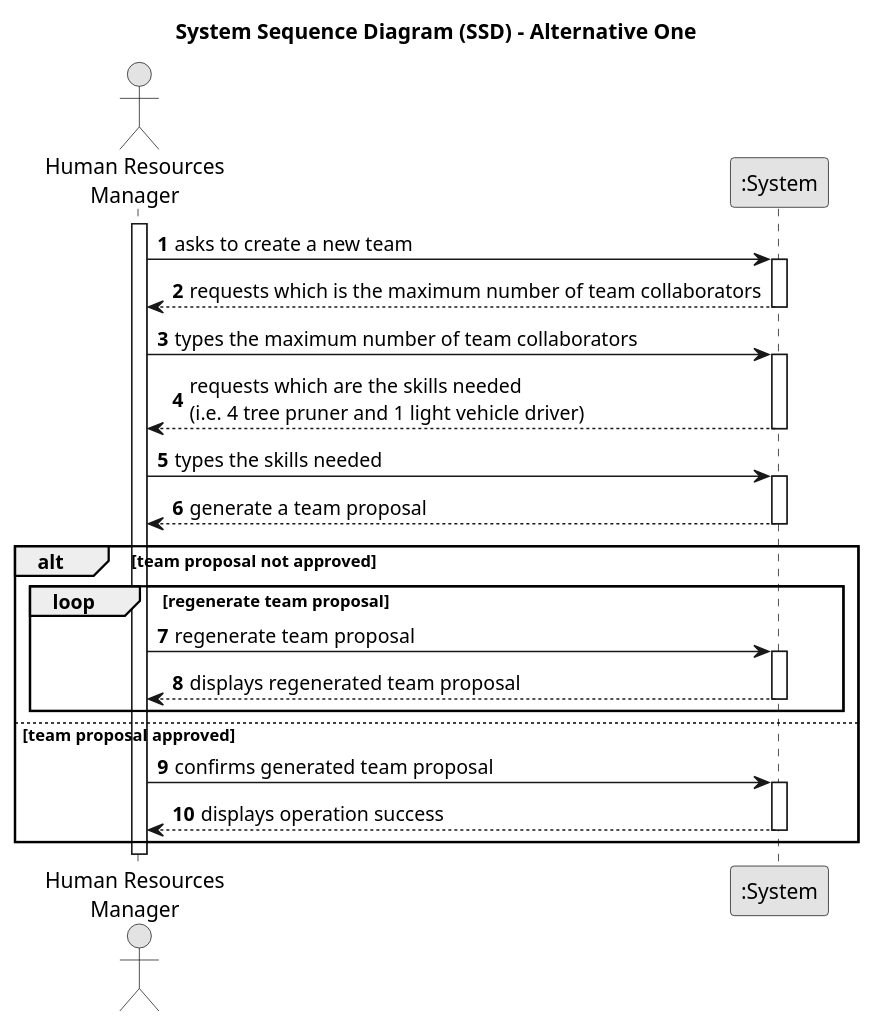
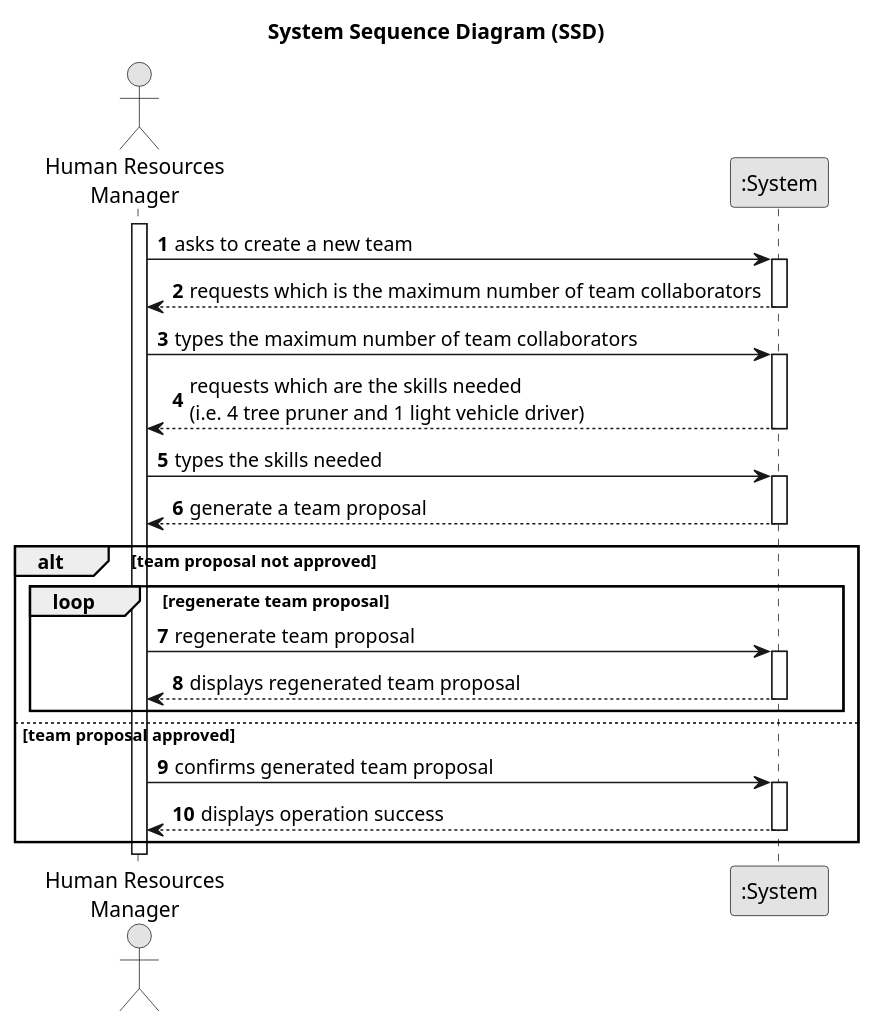
The diagram in docs/sprintA/us005/01.requirements-engineering/puml/us005-system-sequence-diagram-alternative-one.puml (1231360-ISEP/lei-24-s2-1db-g021), drawn with PlantUML before and after one commit.

Commit message:
Update the User Storie 5 SVG´s plant UML´S.

```diff
--- a/docs/sprintA/us005/01.requirements-engineering/puml/us005-system-sequence-diagram-alternative-one.puml
+++ b/docs/sprintA/us005/01.requirements-engineering/puml/us005-system-sequence-diagram-alternative-one.puml
@@ -1,49 +1,49 @@
 @startuml
 skinparam monochrome true
 skinparam packageStyle rectangle
 skinparam shadowing false
 
-title System Sequence Diagram (SSD) - Alternative One
+title System Sequence Diagram (SSD)
 
 autonumber
 
 actor "Human Resources\nManager" as HRM
 participant ":System" as System
 
 activate HRM
 
     HRM -> System : asks to create a new team
     activate System
 
         System --> HRM : requests which is the maximum number of team collaborators
     deactivate System
 
     HRM -> System : types the maximum number of team collaborators
     activate System
 
         System --> HRM : requests which are the skills needed\n(i.e. 4 tree pruner and 1 light vehicle driver)
     deactivate System
 
     HRM -> System : types the skills needed
     activate System
 
         System --> HRM : generate a team proposal
     deactivate System
 
     alt team proposal not approved
         loop regenerate team proposal
             HRM -> System : regenerate team proposal
             activate System
 
                 System --> HRM : displays regenerated team proposal
             deactivate System
         end
     else team proposal approved
         HRM -> System : confirms generated team proposal
             activate System
 
                 System --> HRM : displays operation success
             deactivate System
     end
 
 @enduml
```
